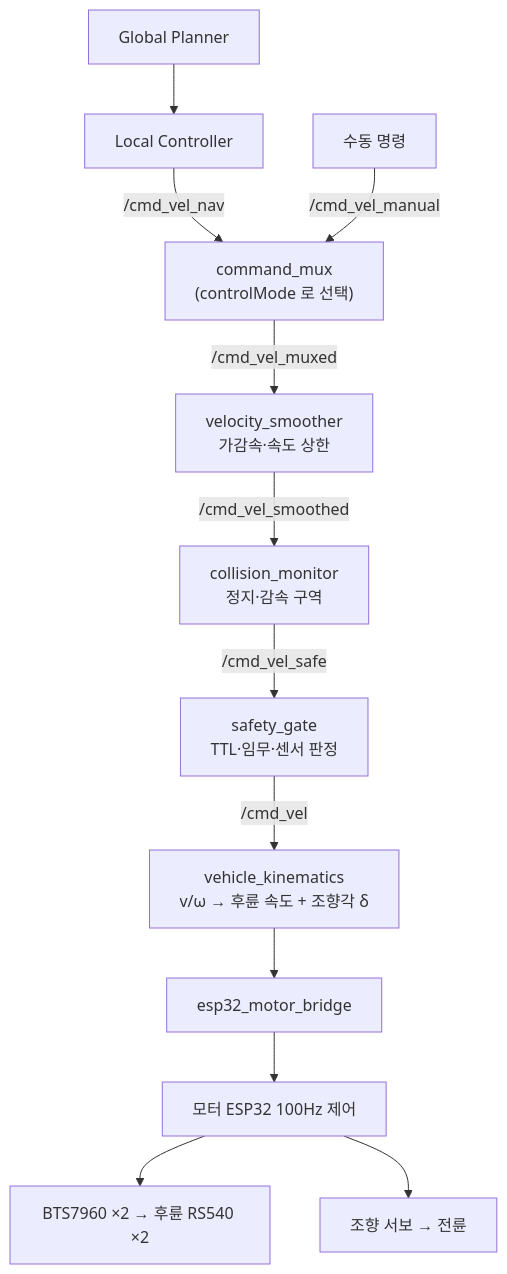
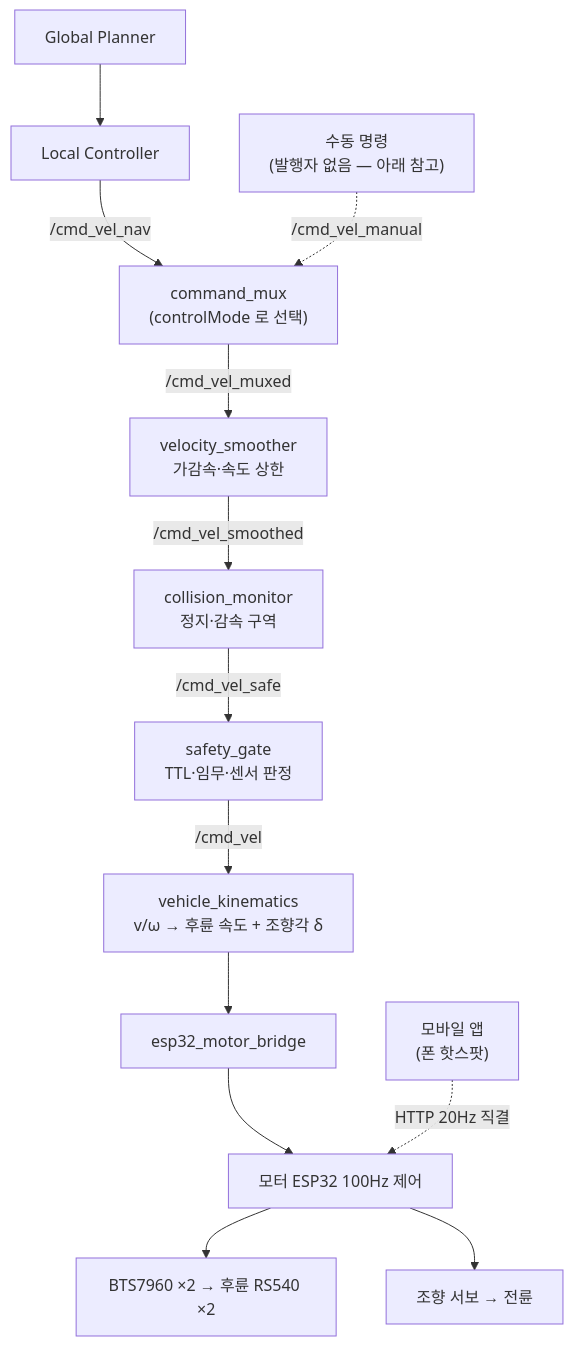
The third of 4 diagrams in docs/04-자율주행.md (Common-AIOT/Sentinel-UGV), drawn with Mermaid before and after one commit. The commit also changed other lines of this file and 66 other files, not shown here.

````diff
--- a/docs/04-자율주행.md
+++ b/docs/04-자율주행.md
@@ -716,14 +733,15 @@
 ```mermaid
 flowchart TB
     global["Global Planner"] --> local["Local Controller"]
     local -->|/cmd_vel_nav| mux["command_mux<br/>(controlMode 로 선택)"]
-    manual["수동 명령"] -->|/cmd_vel_manual| mux
+    manual["수동 명령<br/>(발행자 없음 — 아래 참고)"] -.->|/cmd_vel_manual| mux
     mux -->|/cmd_vel_muxed| smoother["velocity_smoother<br/>가감속·속도 상한"]
     smoother -->|/cmd_vel_smoothed| collision["collision_monitor<br/>정지·감속 구역"]
     collision -->|/cmd_vel_safe| gate["safety_gate<br/>TTL·임무·센서 판정"]
     gate -->|/cmd_vel| kin["vehicle_kinematics<br/>v/ω → 후륜 속도 + 조향각 δ"]
     kin --> bridge["esp32_motor_bridge"]
     bridge --> esp32["모터 ESP32 100Hz 제어"]
     esp32 --> drive["BTS7960 ×2 → 후륜 RS540 ×2"]
     esp32 --> servo["조향 서보 → 전륜"]
+    phone["모바일 앱<br/>(폰 핫스팟)"] -.->|HTTP 20Hz 직결| esp32
 ```
````
